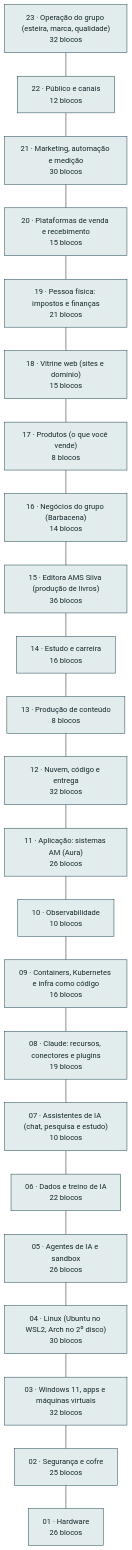
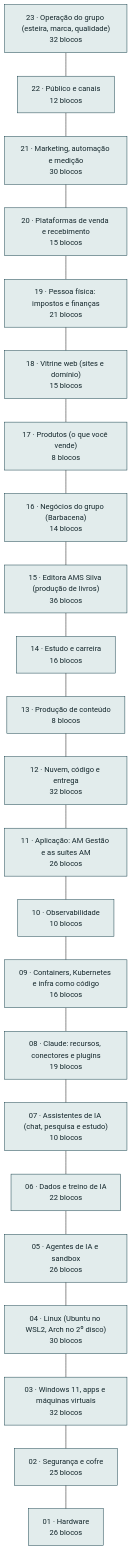
Before and after one commit to AlanMateus17/dev-setup: the diagram in docs/arquitetura.md, drawn with Mermaid (base theme). The commit also changed other lines of this file and 78 other files, not shown here.

````diff
--- a/docs/arquitetura.md
+++ b/docs/arquitetura.md
@@ -10,50 +10,50 @@
 ```mermaid
 flowchart TB
   L_oper["23 · Operação do grupo (esteira, marca, qualidade)<br/>32 blocos"]
   L_pub["22 · Público e canais<br/>12 blocos"]
   L_mkt["21 · Marketing, automação e medição<br/>30 blocos"]
   L_venda["20 · Plataformas de venda e recebimento<br/>15 blocos"]
   L_emp["19 · Pessoa física: impostos e finanças<br/>21 blocos"]
   L_web["18 · Vitrine web (sites e domínio)<br/>15 blocos"]
   L_prod["17 · Produtos (o que você vende)<br/>8 blocos"]
   L_neg["16 · Negócios do grupo (Barbacena)<br/>14 blocos"]
   L_editora["15 · Editora AMS Silva (produção de livros)<br/>36 blocos"]
   L_est["14 · Estudo e carreira<br/>16 blocos"]
   L_cont["13 · Produção de conteúdo<br/>8 blocos"]
   L_nuvem["12 · Nuvem, código e entrega<br/>32 blocos"]
-  L_app["11 · Aplicação: sistemas AM (Aura)<br/>26 blocos"]
+  L_app["11 · Aplicação: AM Gestão e as suítes AM<br/>26 blocos"]
   L_obs["10 · Observabilidade<br/>10 blocos"]
   L_cnt["09 · Containers, Kubernetes e infra como código<br/>16 blocos"]
   L_clc["08 · Claude: recursos, conectores e plugins<br/>19 blocos"]
   L_chat["07 · Assistentes de IA (chat, pesquisa e estudo)<br/>10 blocos"]
   L_dados["06 · Dados e treino de IA<br/>22 blocos"]
   L_ia["05 · Agentes de IA e sandbox<br/>26 blocos"]
   L_lin["04 · Linux (Ubuntu no WSL2, Arch no 2º disco)<br/>30 blocos"]
   L_win["03 · Windows 11, apps e máquinas virtuais<br/>32 blocos"]
   L_seg["02 · Segurança e cofre<br/>25 blocos"]
   L_hw["01 · Hardware<br/>26 blocos"]
   L_oper --- L_pub
   L_pub --- L_mkt
   L_mkt --- L_venda
   L_venda --- L_emp
   L_emp --- L_web
   L_web --- L_prod
   L_prod --- L_neg
   L_neg --- L_editora
   L_editora --- L_est
   L_est --- L_cont
   L_cont --- L_nuvem
   L_nuvem --- L_app
   L_app --- L_obs
   L_obs --- L_cnt
   L_cnt --- L_clc
   L_clc --- L_chat
   L_chat --- L_dados
   L_dados --- L_ia
   L_ia --- L_lin
   L_lin --- L_win
   L_win --- L_seg
   L_seg --- L_hw
   classDef cam fill:#e2ecec,stroke:#0e3a45,color:#13262b
   class L_oper,L_pub,L_mkt,L_venda,L_emp,L_web,L_prod,L_neg,L_editora,L_est,L_cont,L_nuvem,L_app,L_obs,L_cnt,L_clc,L_chat,L_dados,L_ia,L_lin,L_win,L_seg,L_hw cam
 ```
````
